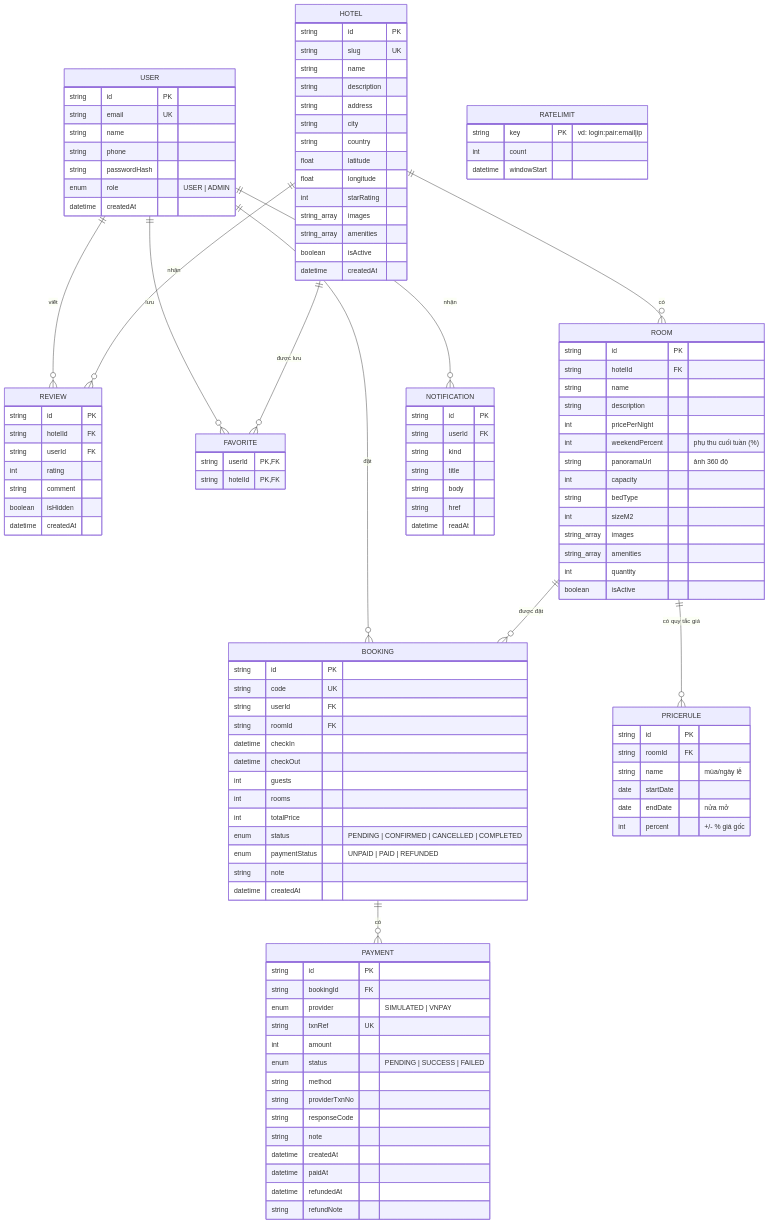
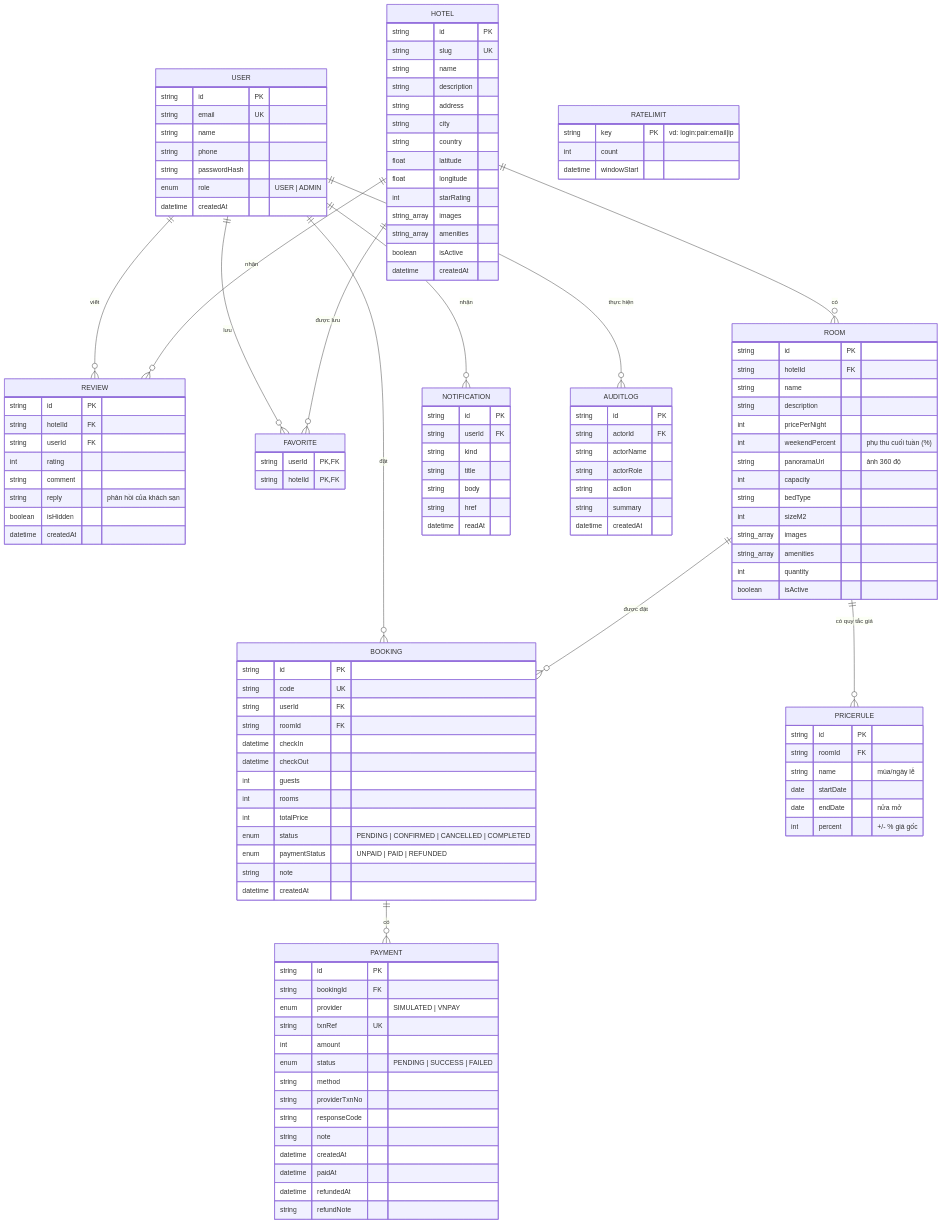
One commit to ongtrumphuong/TTTN_Booking_Hotel changed the diagram in README.md. Above: the diagram before and after it, drawn with Mermaid. The commit also changed other lines of this file and 30 other files, not shown here.

Commit message:
Phản hồi đánh giá cho đối tác, nhật ký thao tác, xuất CSV đơn và chi trả, phiếu thanh toán in được

````diff
--- a/README.md
+++ b/README.md
@@ -183,6 +187,7 @@
     ROOM ||--o{ BOOKING : "được đặt"
     ROOM ||--o{ PRICERULE : "có quy tắc giá"
     USER ||--o{ NOTIFICATION : "nhận"
+    USER ||--o{ AUDITLOG : "thực hiện"
     BOOKING ||--o{ PAYMENT : "có"
 
     USER {
@@ -268,6 +273,7 @@
         string userId FK
         int rating
         string comment
+        string reply "phản hồi của khách sạn"
         boolean isHidden
         datetime createdAt
     }
@@ -292,4 +298,13 @@
         string href
         datetime readAt
     }
+    AUDITLOG {
+        string id PK
+        string actorId FK
+        string actorName
+        string actorRole
+        string action
+        string summary
+        datetime createdAt
+    }
 ```
````
